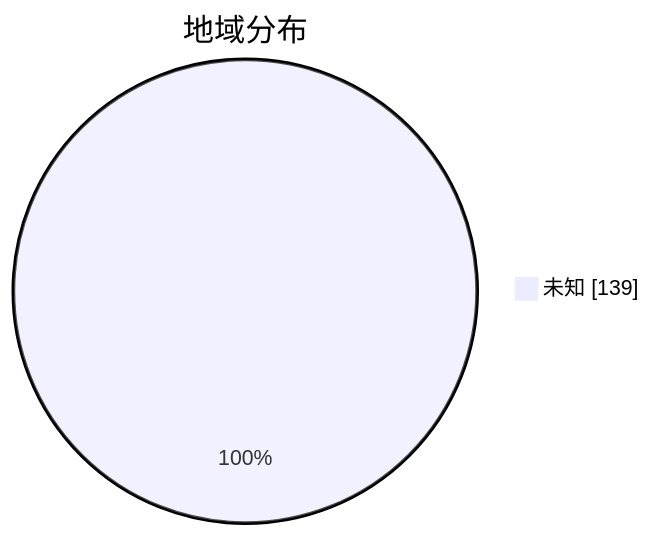
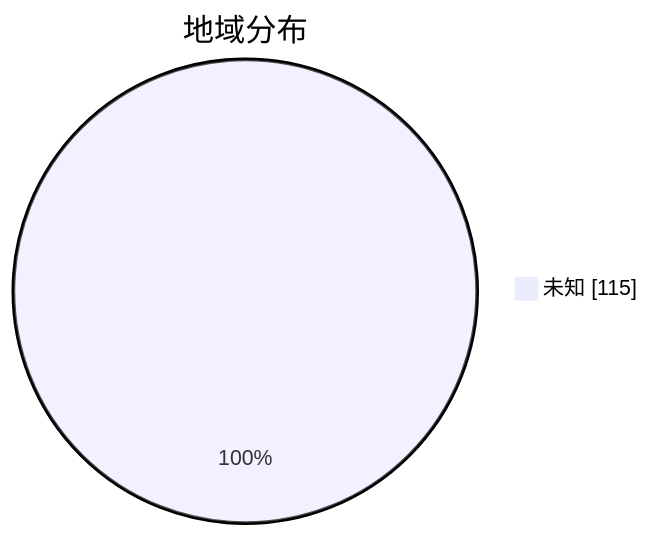
The second of 3 diagrams in subs/statistics/tested_within.md (qjlxg/airport), drawn with Mermaid before and after one commit. The commit also changed other lines of this file and 2 other files, not shown here.

````diff
--- a/subs/statistics/tested_within.md
+++ b/subs/statistics/tested_within.md
@@ -14,5 +13,5 @@
 ```mermaid
 pie showData
 title 地域分布
-"未知" : 139
+"未知" : 115
 ```
````
